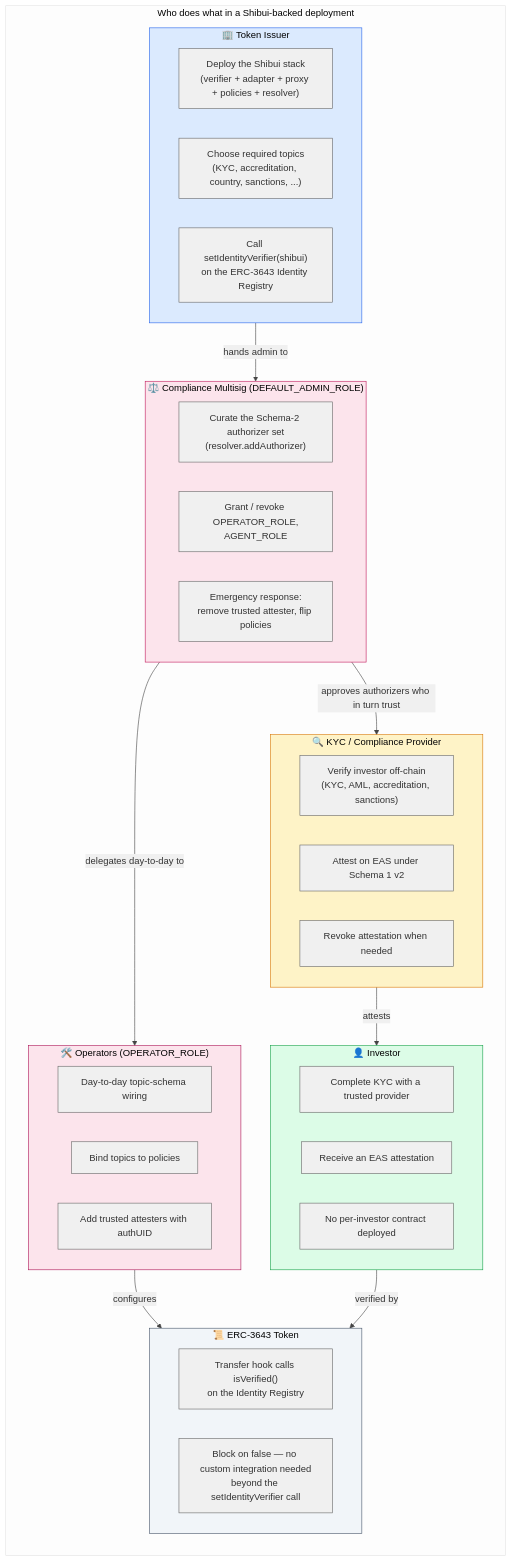
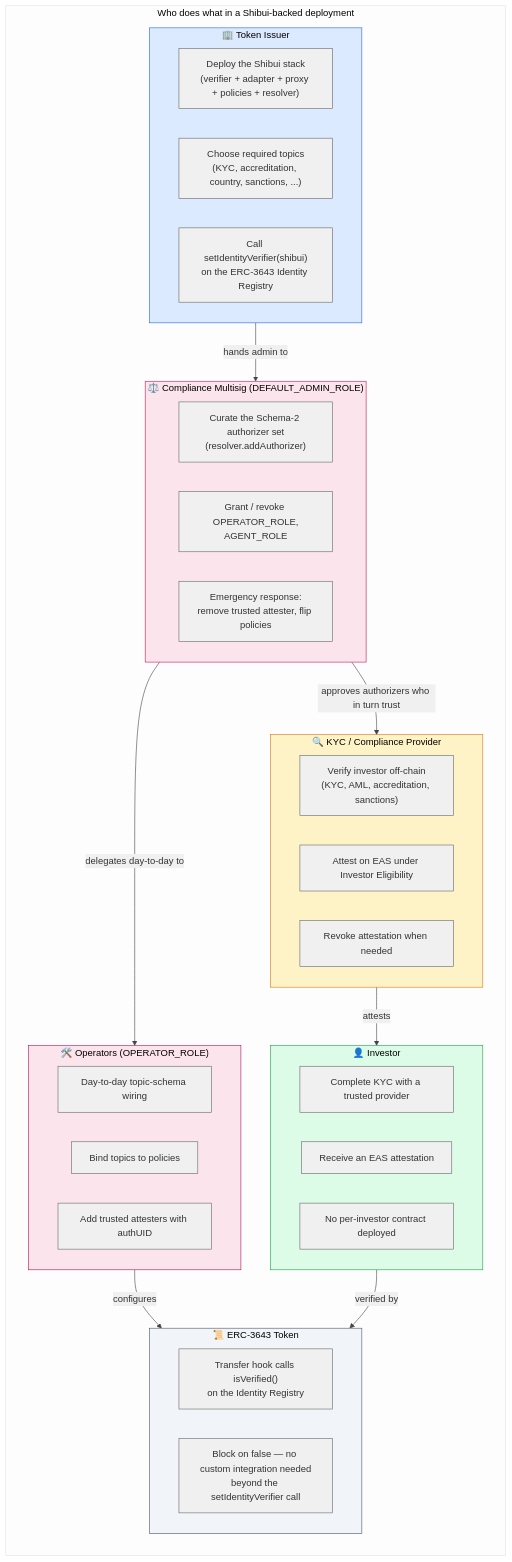
One commit to EntEthAlliance/rnd-rwa-erc3643-eas changed the diagram in diagrams/stakeholder-interactions.mmd. Above: the diagram before and after it, drawn with Mermaid. The commit also changed 32 other files, not shown here.

First line of the commit message:
refactor(schemas): drop version suffixes from schema names

```diff
--- a/diagrams/stakeholder-interactions.mmd
+++ b/diagrams/stakeholder-interactions.mmd
@@ -1,54 +1,54 @@
 %%{init: {'theme': 'base', 'themeVariables': { 'primaryColor': '#f0f0f0', 'primaryTextColor': '#333', 'primaryBorderColor': '#666', 'lineColor': '#444'}}}%%
 flowchart TB
     subgraph Stakeholders["Who does what in a Shibui-backed deployment"]
         direction TB
 
         subgraph IssuerOrg["🏢 Token Issuer"]
             I1["Deploy the Shibui stack<br/>(verifier + adapter + proxy + policies + resolver)"]
             I2["Choose required topics<br/>(KYC, accreditation, country, sanctions, ...)"]
             I3["Call setIdentityVerifier(shibui)<br/>on the ERC-3643 Identity Registry"]
         end
 
         subgraph Multisig["⚖️ Compliance Multisig (DEFAULT_ADMIN_ROLE)"]
             M1["Curate the Schema-2 authorizer set<br/>(resolver.addAuthorizer)"]
             M2["Grant / revoke OPERATOR_ROLE,<br/>AGENT_ROLE"]
             M3["Emergency response:<br/>remove trusted attester, flip policies"]
         end
 
         subgraph Operator["🛠️ Operators (OPERATOR_ROLE)"]
             O1["Day-to-day topic-schema wiring"]
             O2["Bind topics to policies"]
             O3["Add trusted attesters with authUID"]
         end
 
         subgraph KYCProvider["🔍 KYC / Compliance Provider"]
             K1["Verify investor off-chain<br/>(KYC, AML, accreditation, sanctions)"]
-            K2["Attest on EAS under Schema 1 v2"]
+            K2["Attest on EAS under Investor Eligibility"]
             K3["Revoke attestation when needed"]
         end
 
         subgraph InvestorRole["👤 Investor"]
             INV1["Complete KYC with a trusted provider"]
             INV2["Receive an EAS attestation"]
             INV3["No per-investor contract deployed"]
         end
 
         subgraph TokenContract["📜 ERC-3643 Token"]
             T1["Transfer hook calls isVerified()<br/>on the Identity Registry"]
             T2["Block on false — no custom integration needed<br/>beyond the setIdentityVerifier call"]
         end
     end
 
     IssuerOrg -->|"hands admin to"| Multisig
     Multisig -->|"delegates day-to-day to"| Operator
     Operator -->|"configures"| TokenContract
     Multisig -->|"approves authorizers who in turn trust"| KYCProvider
     KYCProvider -->|"attests"| InvestorRole
     InvestorRole -->|"verified by"| TokenContract
 
     style IssuerOrg fill:#dbeafe,stroke:#2563eb
     style Multisig fill:#fce4ec,stroke:#c2185b
     style Operator fill:#fce4ec,stroke:#ad1457
     style KYCProvider fill:#fef3c7,stroke:#d97706
     style InvestorRole fill:#dcfce7,stroke:#16a34a
     style TokenContract fill:#f1f5f9,stroke:#475569
```
